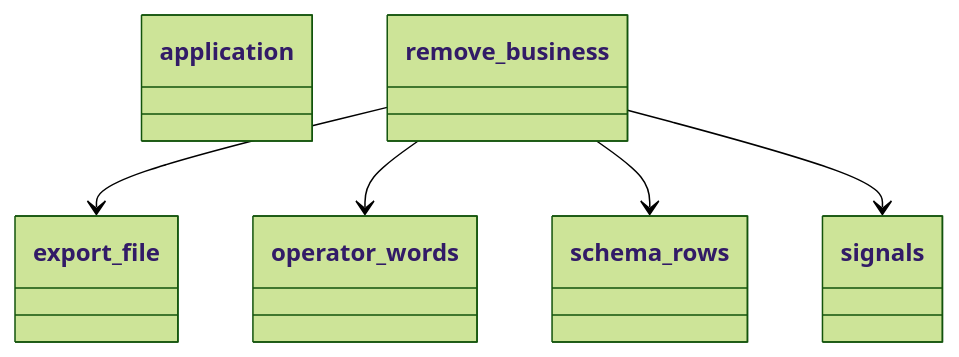
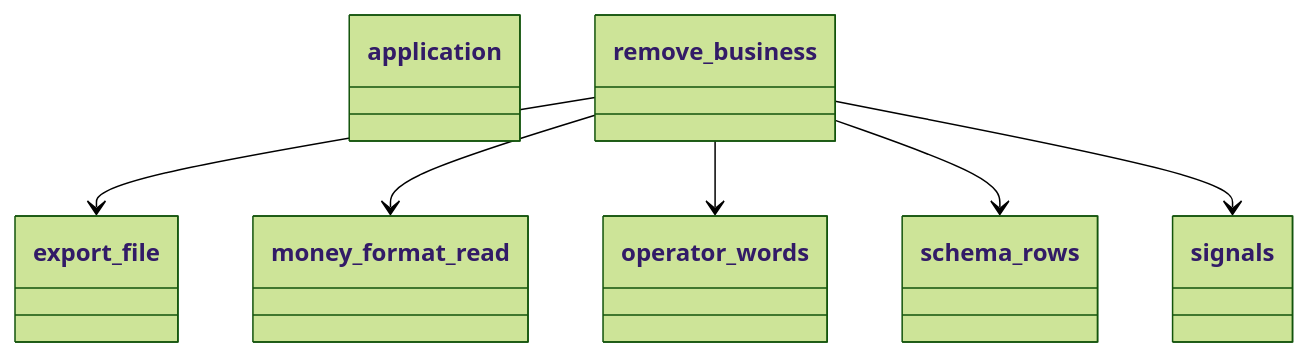
One commit to GonzaloZevallos/apostrophe changed the second of 6 diagrams in docs/architecture/generated/classes/business_removal.md. Above: the diagram before and after it, drawn with Mermaid (forest theme). The commit also changed other lines of this file and 1 other file, not shown here.

Commit message:
Refresh the generated architecture docs for the export's money format reader

````diff
--- a/docs/architecture/generated/classes/business_removal.md
+++ b/docs/architecture/generated/classes/business_removal.md
@@ -45,19 +45,22 @@
 ```mermaid
 classDiagram
   class application {
   }
   class export_file {
+  }
+  class money_format_read {
   }
   class operator_words {
   }
   class remove_business {
   }
   class schema_rows {
   }
   class signals {
   }
   remove_business --> export_file
+  remove_business --> money_format_read
   remove_business --> operator_words
   remove_business --> schema_rows
   remove_business --> signals
 ```
````
